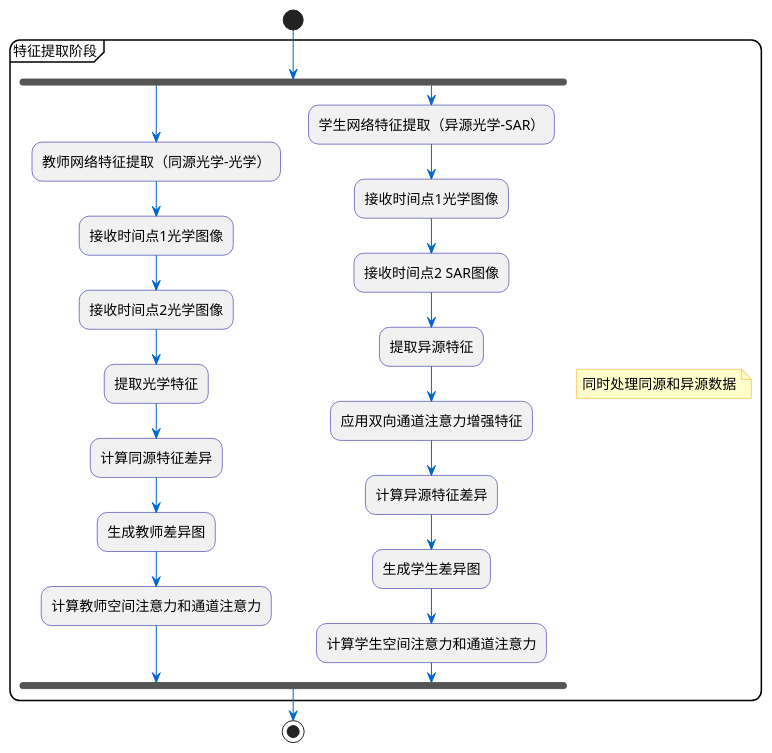
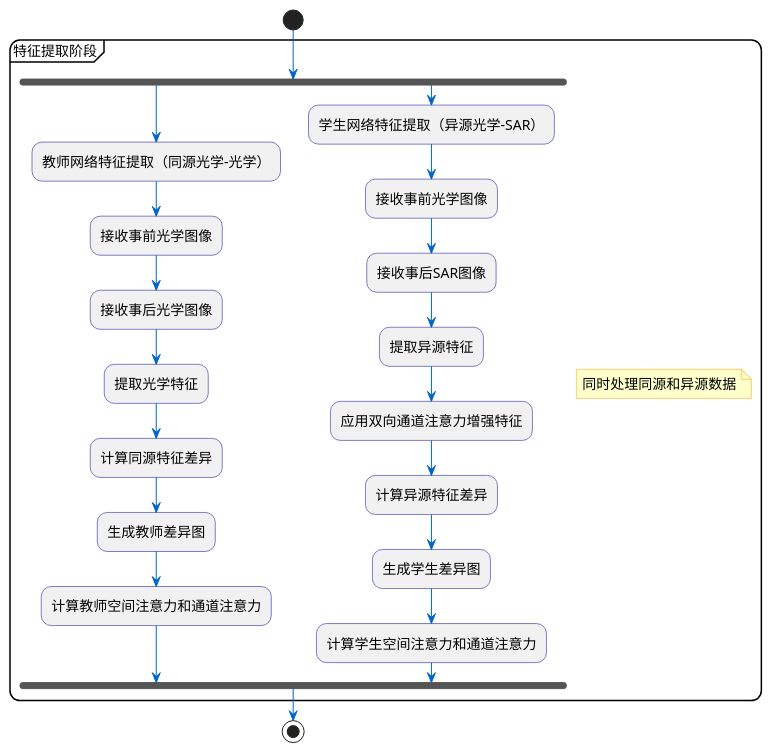
Before and after one commit to Mriris/HeteroCD-GOLD: the diagram in doc/image/在线蒸馏/在线蒸馏-特征提取阶段.puml, drawn with PlantUML. The commit also changed 7 other files, not shown here.

Commit message:
流程图模块化

```diff
--- a/doc/image/在线蒸馏/在线蒸馏-特征提取阶段.puml
+++ b/doc/image/在线蒸馏/在线蒸馏-特征提取阶段.puml
@@ -1,36 +1,36 @@
 @startuml 在线蒸馏-特征提取阶段
 skinparam backgroundColor white
 skinparam roundcorner 20
 skinparam ArrowColor #0066CC
 skinparam ActivityBorderColor #000099
 skinparam ActivityFontSize 14
 skinparam noteBorderColor #FF9900
 skinparam noteFontSize 14
 skinparam noteBackgroundColor #FFFFCC
 
 start
 
 partition "特征提取阶段" {
   fork
     :教师网络特征提取（同源光学-光学）;
-    :接收时间点1光学图像;
-    :接收时间点2光学图像;
+    :接收事前光学图像;
+    :接收事后光学图像;
     :提取光学特征;
     :计算同源特征差异;
     :生成教师差异图;
     :计算教师空间注意力和通道注意力;
   fork again
     :学生网络特征提取（异源光学-SAR）;
-    :接收时间点1光学图像;
-    :接收时间点2 SAR图像;
+    :接收事前光学图像;
+    :接收事后SAR图像;
     :提取异源特征;
     :应用双向通道注意力增强特征;
     :计算异源特征差异;
     :生成学生差异图;
     :计算学生空间注意力和通道注意力;
   end fork
 }
 note right: 同时处理同源和异源数据
 
 stop
 @enduml 
```
